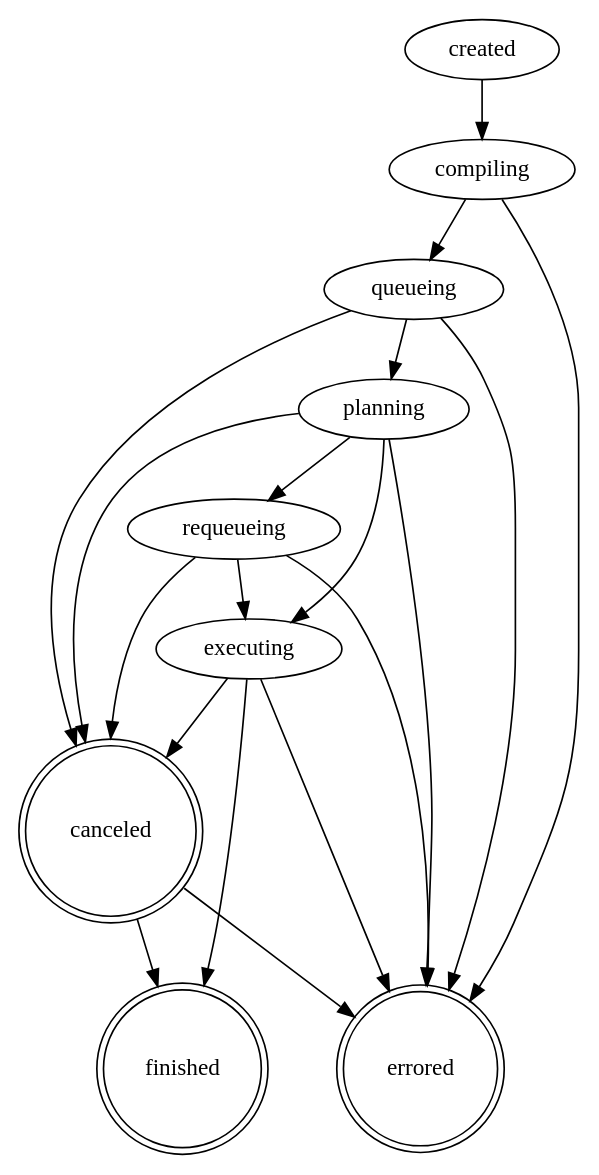
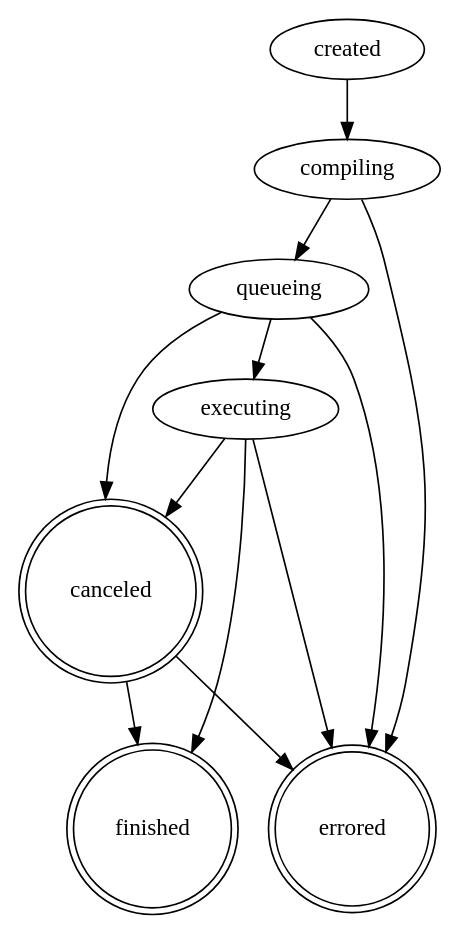
The diagram in control/state_machine.dot (influxdata/flux), drawn with Graphviz before and after one commit. The commit also changed 6 other files, not shown here.

```diff
--- a/control/state_machine.dot
+++ b/control/state_machine.dot
@@ -1,44 +1,31 @@
 strict digraph controller {
   finished [shape=doublecircle];
   errored [shape=doublecircle];
   canceled [shape=doublecircle];
 
   created -> {
     compiling;
   };
 
   compiling -> {
     queueing;
     errored;
   };
 
   queueing -> {
-    planning;
-    errored;
-    canceled;
-  };
-
-  planning -> {
     executing;
-    requeueing;
     errored;
     canceled;
   };
 
   executing -> {
     errored;
     canceled;
     finished;
   };
 
-  requeueing -> {
-    executing;
-    errored;
-    canceled;
-  };
-
   canceled -> {
     errored;
     finished;
   };
 }
```
